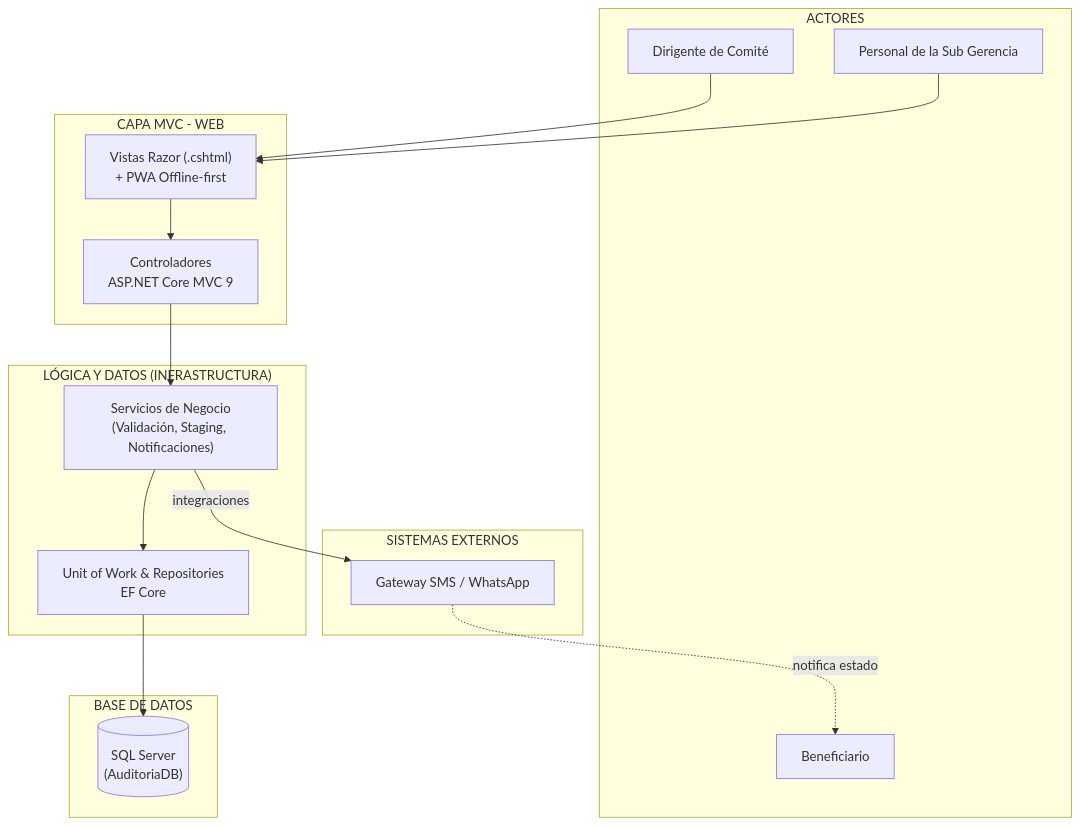
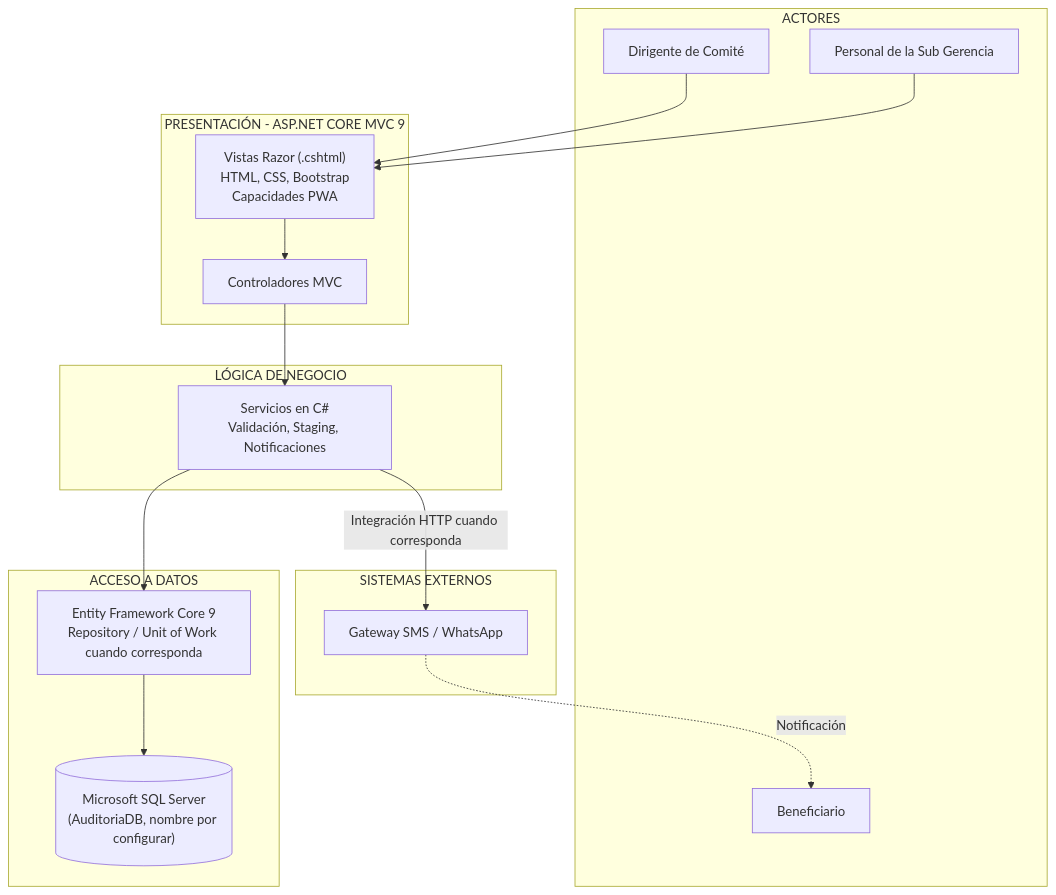
Before and after one commit to Yey-Cardenas/ProgramasSociales-arquitSoft: the first of 2 diagrams in arquitectura/arquitectura-inicial.md, drawn with Mermaid. The commit also changed other lines of this file, not shown here.

````diff
--- a/arquitectura/arquitectura-inicial.md
+++ b/arquitectura/arquitectura-inicial.md
@@ -5,35 +11,35 @@
 ```mermaid
 flowchart TD
     subgraph ACTORES["ACTORES"]
         Dirigente["Dirigente de Comité"]
         SubGerencia["Personal de la Sub Gerencia"]
         Beneficiario["Beneficiario"]
     end
 
-    subgraph PRESENTACION["CAPA MVC - WEB"]
-        Vistas["Vistas Razor (.cshtml)<br/>+ PWA Offline-first"]
-        Controladores["Controladores<br/>ASP.NET Core MVC 9"]
+    subgraph PRESENTACION["PRESENTACIÓN - ASP.NET CORE MVC 9"]
+        Vistas["Vistas Razor (.cshtml)<br/>HTML, CSS, Bootstrap<br/>Capacidades PWA"]
+        Controladores["Controladores MVC"]
     end
 
-    subgraph NEGOCIO["LÓGICA Y DATOS (INFRASTRUCTURA)"]
-        Servicios["Servicios de Negocio<br/>(Validación, Staging, Notificaciones)"]
-        UoW["Unit of Work & Repositories<br/>EF Core"]
+    subgraph NEGOCIO["LÓGICA DE NEGOCIO"]
+        Servicios["Servicios en C#<br/>Validación, Staging, Notificaciones"]
     end
 
-    subgraph DATOS["BASE DE DATOS"]
-        BD[("SQL Server<br/>(AuditoriaDB)")]
+    subgraph DATOS["ACCESO A DATOS"]
+        Persistencia["Entity Framework Core 9<br/>Repository / Unit of Work cuando corresponda"]
+        BD[("Microsoft SQL Server<br/>(AuditoriaDB, nombre por configurar)")]
     end
-    
+
     subgraph EXTERNOS["SISTEMAS EXTERNOS"]
         Gateway["Gateway SMS / WhatsApp"]
     end
 
     Dirigente --> Vistas
     SubGerencia --> Vistas
     Vistas --> Controladores
     Controladores --> Servicios
-    Servicios --> UoW
-    UoW --> BD
-    Servicios -->|"integraciones"| Gateway
-    Gateway -.->|"notifica estado"| Beneficiario
+    Servicios --> Persistencia
+    Persistencia --> BD
+    Servicios -->|"Integración HTTP cuando corresponda"| Gateway
+    Gateway -.->|"Notificación"| Beneficiario
 ```
````
